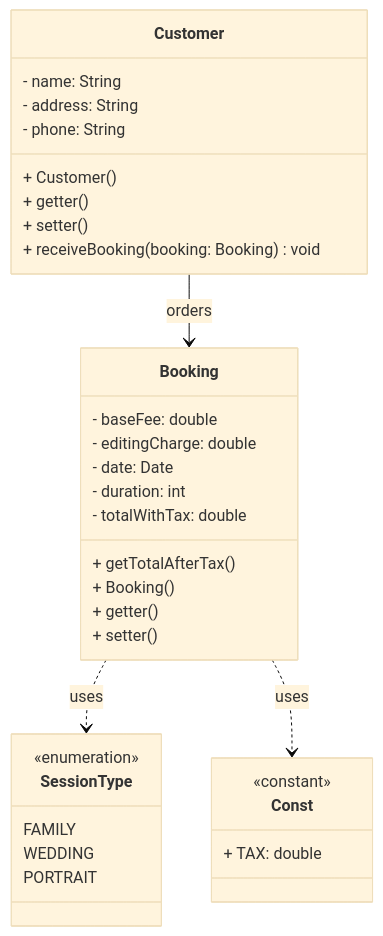
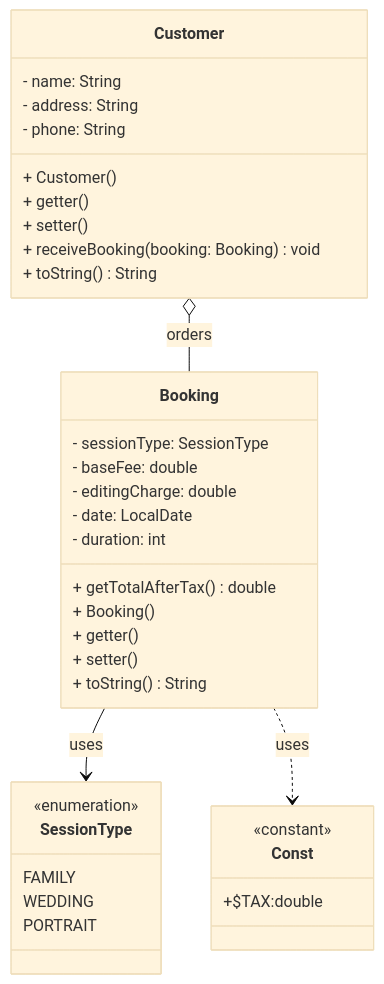
One commit to ngsang149dev/CIT-EIU changed the diagram in CSE203/Lab1/Problem4/PhotographyStudio.mmd. Above: the diagram before and after it, drawn with Mermaid (base theme). The commit also changed 5 other files, not shown here.

```diff
--- a/CSE203/Lab1/Problem4/PhotographyStudio.mmd
+++ b/CSE203/Lab1/Problem4/PhotographyStudio.mmd
@@ -1,39 +1,41 @@
 classDiagram
     class Customer {
         - name: String
         - address: String
         - phone: String
         + Customer()
         + getter()
         + setter()
         + receiveBooking(booking: Booking) void
+        + toString() String
     }
 
 
     class Booking {
+        - sessionType: SessionType
         - baseFee: double
         - editingCharge: double
-        - date: Date
+        - date: LocalDate
         - duration: int
-        - totalWithTax: double
-        + getTotalAfterTax()
+        + getTotalAfterTax() double
         + Booking()
         + getter()
         + setter()
+        + toString() String
     }
 
     class Const {
         <<constant>>
-        + TAX: double
+        +$TAX:double
     }
 
     class SessionType {
         <<enumeration>> 
         FAMILY
         WEDDING
         PORTRAIT
     }
 
-    Customer --> Booking: orders
-    Booking ..> SessionType: uses
+    Customer o-- Booking: orders
+    Booking --> SessionType: uses
     Booking ..> Const: uses
```
